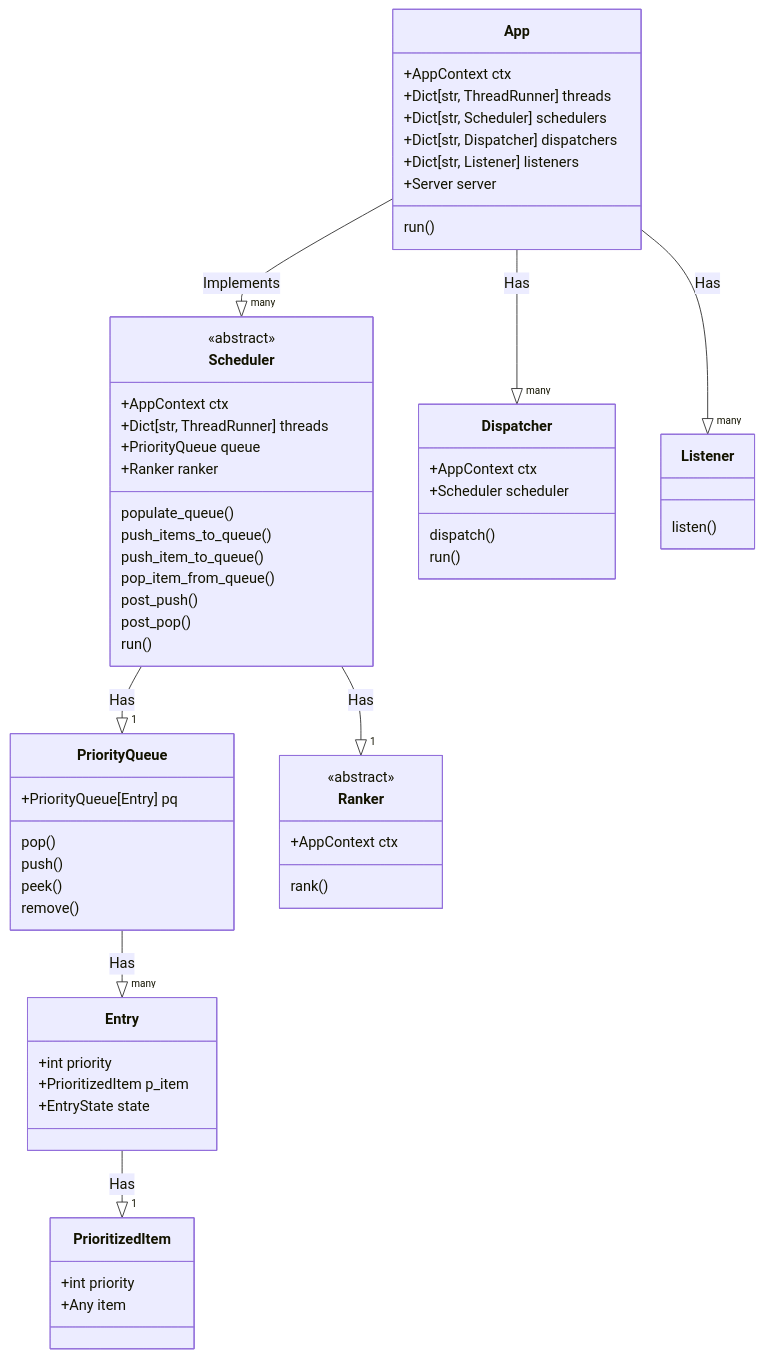
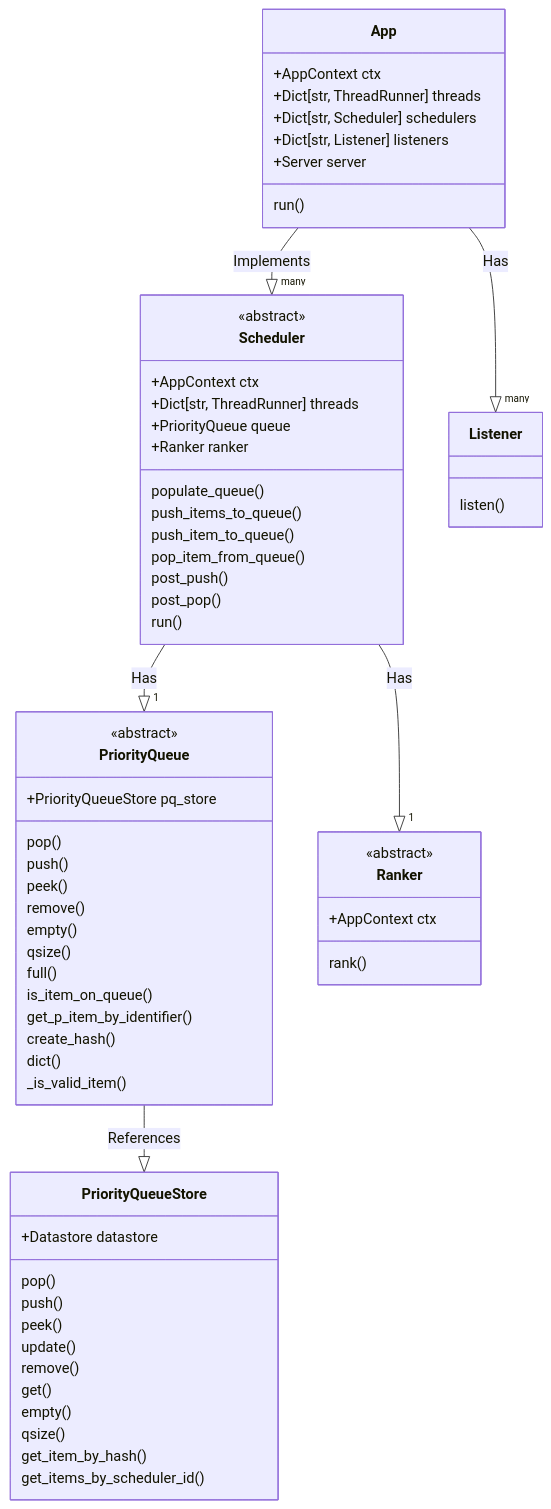
The third of 3 diagrams in docs/design.md (minvws/nl-kat-mula), drawn with Mermaid before and after one commit. The commit also changed other lines of this file and 14 other files, not shown here.

````diff
--- a/docs/design.md
+++ b/docs/design.md
@@ -245,75 +222,77 @@
 ```mermaid
 classDiagram
 
     class App {
         +AppContext ctx
         +Dict[str, ThreadRunner] threads
         +Dict[str, Scheduler] schedulers
-        +Dict[str, Dispatcher] dispatchers
         +Dict[str, Listener] listeners
         +Server server
         run()
     }
 
     class Scheduler {
         <<abstract>>
         +AppContext ctx
         +Dict[str, ThreadRunner] threads        
         +PriorityQueue queue
         +Ranker ranker
         populate_queue()
         push_items_to_queue()
         push_item_to_queue()
         pop_item_from_queue()
         post_push()
         post_pop()
         run()
     }
 
     class PriorityQueue{
-        +PriorityQueue[Entry] pq
+        <<abstract>>
+        +PriorityQueueStore pq_store
         pop()
         push()
         peek()
         remove()
+        empty()
+        qsize()
+        full()
+        is_item_on_queue()
+        get_p_item_by_identifier()
+        create_hash()
+        dict()
+        _is_valid_item()
     }
 
-    class Entry {
-        +int priority
-        +PrioritizedItem p_item
-        +EntryState state
-    }
-
-    class PrioritizedItem {
-        +int priority
-        +Any item
+    class PriorityQueueStore{
+        +Datastore datastore
+        pop()
+        push()
+        peek()
+        update()
+        remove()
+        get()
+        empty()
+        qsize()
+        get_item_by_hash()
+        get_items_by_scheduler_id()
     }
 
     class Ranker {
         <<abstract>>
         +AppContext ctx
         rank()
     }
 
-    class Dispatcher {
-        +AppContext ctx
-        +Scheduler scheduler
-        dispatch()
-        run()
-    }
 
     class Listener {
         listen()
     }
 
     App --|> "many" Scheduler : Implements
-    App --|> "many" Dispatcher : Has
     App --|> "many" Listener : Has
 
     Scheduler --|> "1" PriorityQueue : Has
     Scheduler --|> "1" Ranker : Has
 
-    PriorityQueue --|> "many" Entry : Has
-
-    Entry --|> "1" PrioritizedItem : Has
+    PriorityQueue --|> PriorityQueueStore: References
 ```
````
